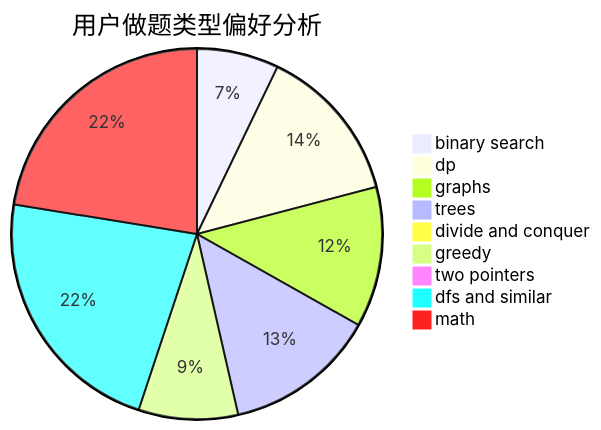
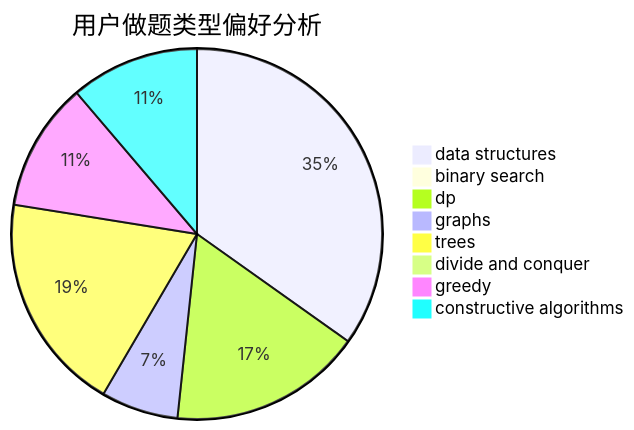
One commit to sherpahu/cfrs.github.io changed the second of 3 diagrams in docs/user/u2495.md. Above: the diagram before and after it, drawn with Mermaid. The commit also changed other lines of this file and 2775 other files, not shown here.

````diff
--- a/docs/user/u2495.md
+++ b/docs/user/u2495.md
@@ -23,12 +23,11 @@
 ```mermaid
 pie title 用户做题类型偏好分析
-    "binary search" :  14
-    "dp" :  27
-    "graphs" :  24
-    "trees" :  26
+    "data structures" :  31
+    "binary search" :  0
+    "dp" :  15
+    "graphs" :  6
+    "trees" :  17
     "divide and conquer" :  0
-    "greedy" :  17
-    "two pointers" :  0
-    "dfs and similar" :  44
-    "math" :  44
+    "greedy" :  10
+    "constructive algorithms" :  10
 ```
````
